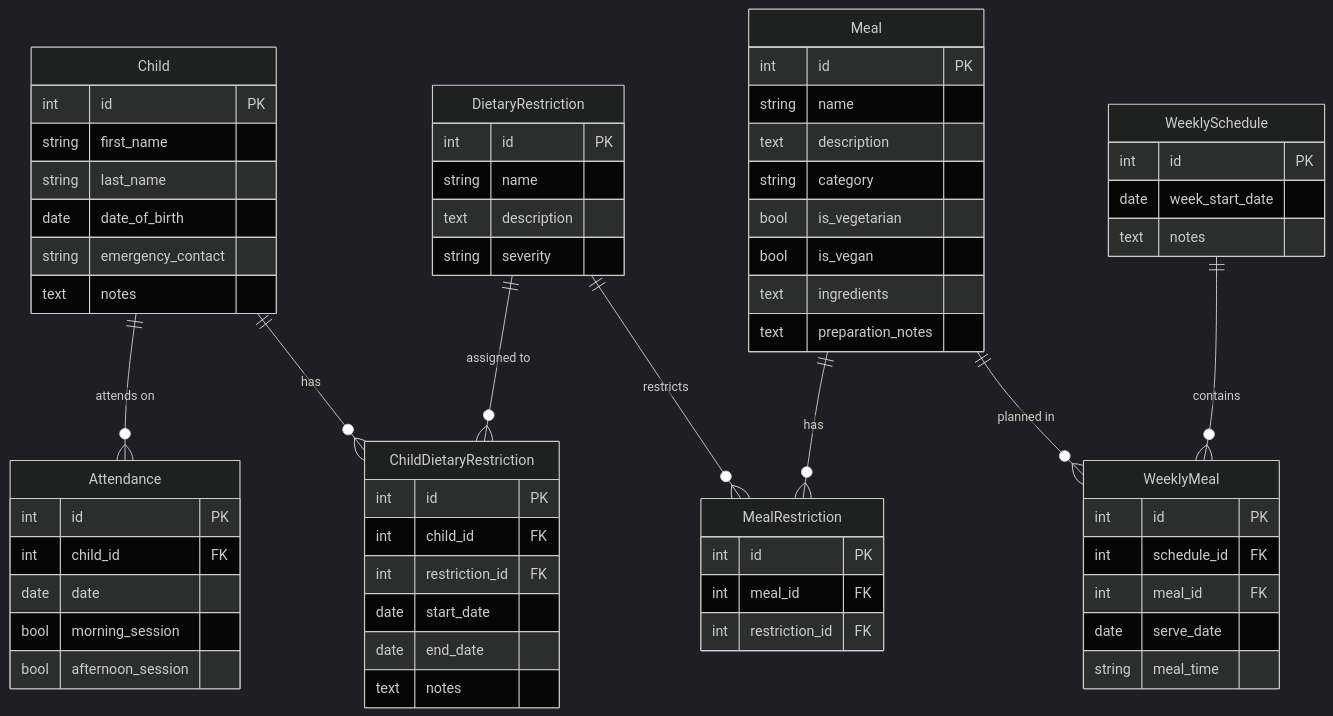
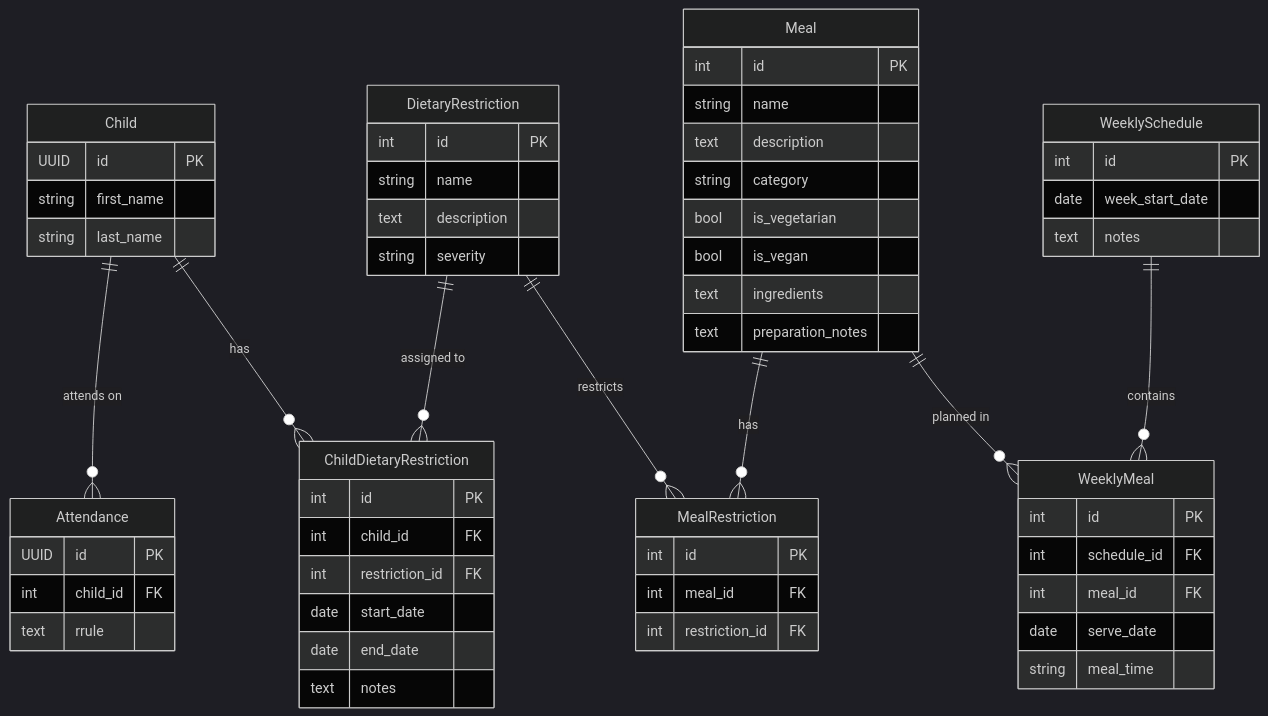
One commit to seguri/kinderchef changed the diagram in README.md. Above: the diagram before and after it, drawn with Mermaid (dark theme). The commit also changed 6 other files, not shown here.

````diff
--- a/README.md
+++ b/README.md
@@ -5,74 +5,69 @@
 ```mermaid
 erDiagram
 Child ||--o{ Attendance : "attends on"
 Child ||--o{ ChildDietaryRestriction : "has"
 DietaryRestriction ||--o{ ChildDietaryRestriction : "assigned to"
 DietaryRestriction ||--o{ MealRestriction : "restricts"
 Meal ||--o{ MealRestriction : "has"
 WeeklySchedule ||--o{ WeeklyMeal : "contains"
 Meal ||--o{ WeeklyMeal : "planned in"
 
 Child {
-    int id PK
+    UUID id PK
     string first_name
     string last_name
-    date date_of_birth
-    string emergency_contact
-    text notes
 }
 
 Attendance {
-    int id PK
+    UUID id PK
     int child_id FK
-    date date
-    bool morning_session
-    bool afternoon_session
+    text rrule
 }
 
 DietaryRestriction {
     int id PK
     string name
     text description
     string severity
 }
 
 ChildDietaryRestriction {
     int id PK
     int child_id FK
     int restriction_id FK
     date start_date
     date end_date
     text notes
 }
 
 Meal {
     int id PK
     string name
     text description
     string category
     bool is_vegetarian
     bool is_vegan
     text ingredients
     text preparation_notes
 }
 
 MealRestriction {
     int id PK
     int meal_id FK
     int restriction_id FK
 }
 
 WeeklySchedule {
     int id PK
     date week_start_date
     text notes
 }
 
 WeeklyMeal {
     int id PK
     int schedule_id FK
     int meal_id FK
     date serve_date
     string meal_time
 }
 ```
````
